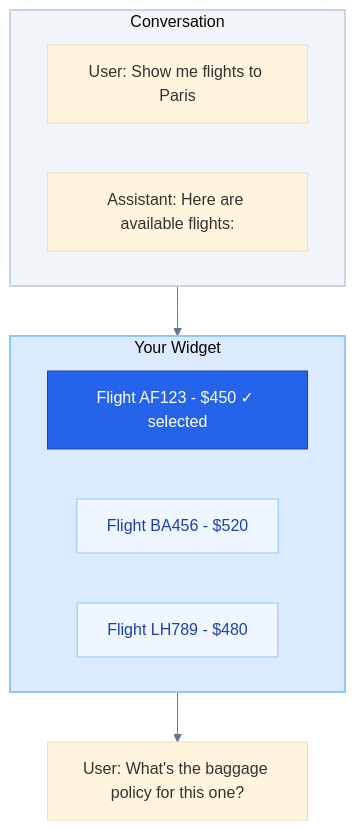
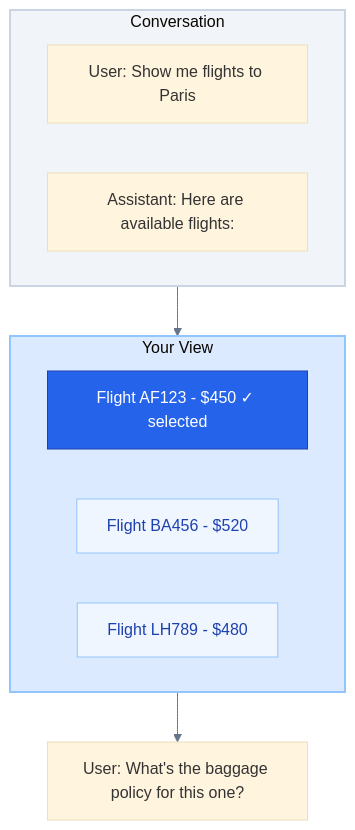
One commit to alpic-ai/skybridge changed the diagram in docs/concepts/llm-context-sync.mdx. Above: the diagram before and after it, drawn with Mermaid. The commit also changed other lines of this file and 106 other files, not shown here.

Commit message:
chore: Rename widget to view

````diff
--- a/docs/concepts/llm-context-sync.mdx
+++ b/docs/concepts/llm-context-sync.mdx
@@ -15,25 +15,25 @@
 ```mermaid
 %%{init: {'theme': 'base', 'themeVariables': { 'lineColor': '#64748b' }}}%%
 flowchart TB
     subgraph chat["Conversation"]
         U1["User: Show me flights to Paris"]
         A1["Assistant: Here are available flights:"]
     end
 
-    subgraph widget["Your Widget"]
+    subgraph view["Your View"]
         F1["Flight AF123 - $450 ✓ selected"]
         F2["Flight BA456 - $520"]
         F3["Flight LH789 - $480"]
     end
 
     U2["User: What's the baggage policy for this one?"]
 
-    chat --> widget
-    widget --> U2
+    chat --> view
+    view --> U2
 
     style chat fill:#f1f5f9,stroke:#cbd5e1,stroke-width:2px
-    style widget fill:#dbeafe,stroke:#93c5fd,stroke-width:2px
+    style view fill:#dbeafe,stroke:#93c5fd,stroke-width:2px
     style F1 fill:#2563EB,stroke:#1e40af,color:#fff
     style F2 fill:#eff6ff,stroke:#93c5fd,color:#1e40af
     style F3 fill:#eff6ff,stroke:#93c5fd,color:#1e40af
 ```
````
